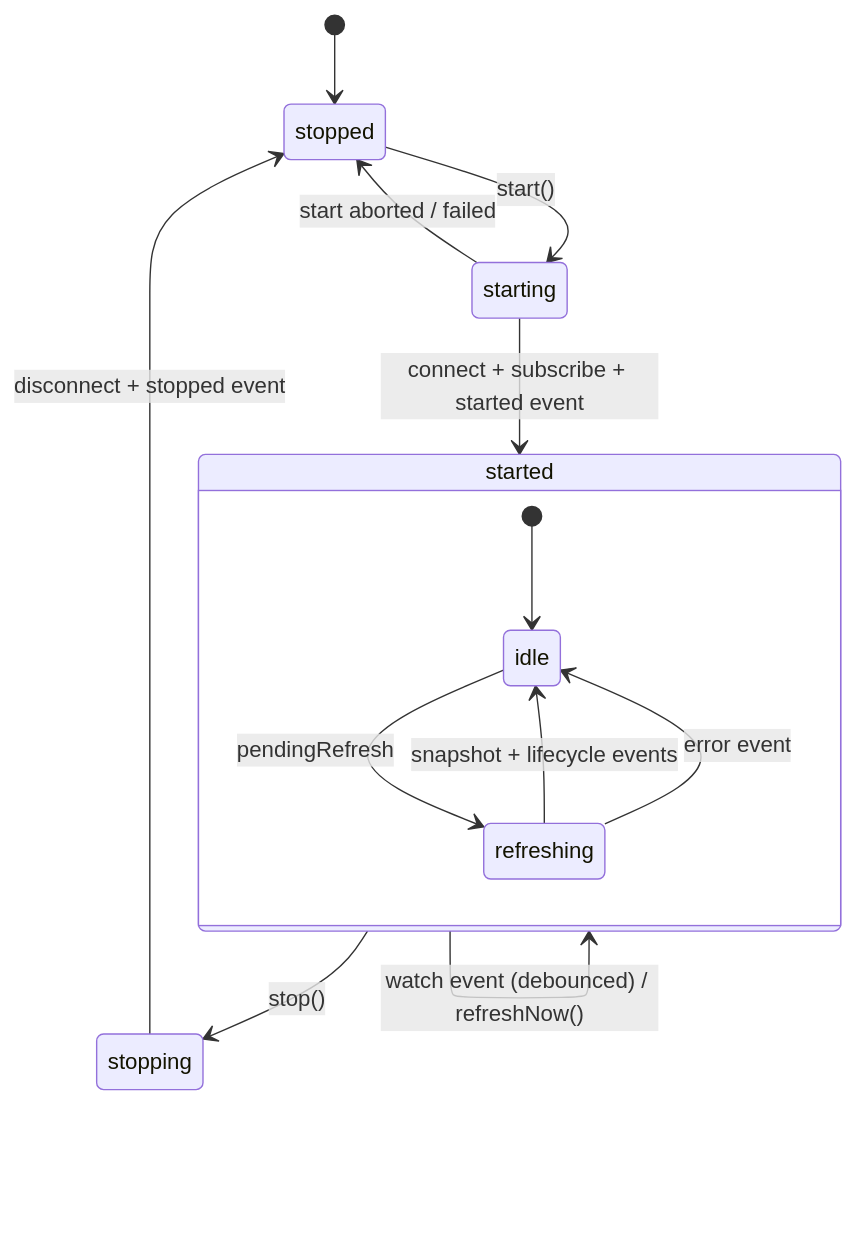
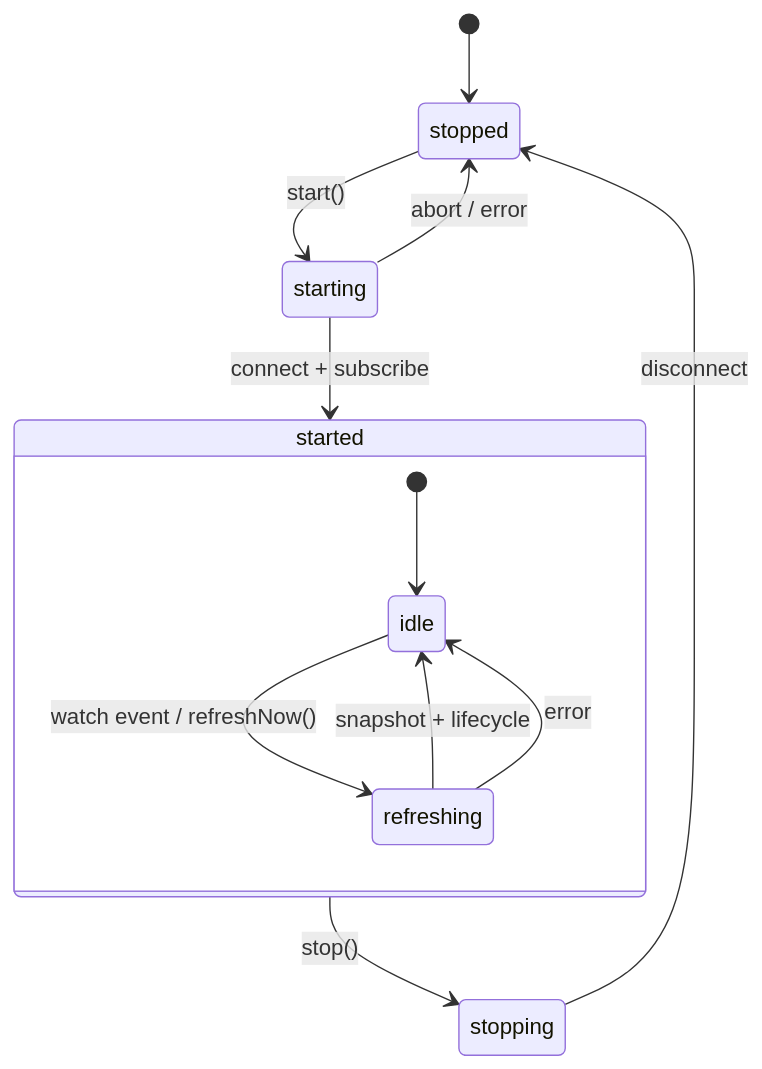
The diagram in README.md (vtemian/agent-io), drawn with Mermaid before and after one commit. The commit also changed other lines of this file and 5 other files, not shown here.

First line of the commit message:
docs: fix README diagram, add missing core subpath, remove stale roadmap

````diff
--- a/README.md
+++ b/README.md
@@ -49,17 +49,16 @@
 ```mermaid
 stateDiagram-v2
   [*] --> stopped
-  stopped --> starting: start()
-  starting --> started: connect + subscribe + started event
-  starting --> stopped: start aborted / failed
-  started --> started: watch event (debounced) / refreshNow()
-  started --> stopping: stop()
-  stopping --> stopped: disconnect + stopped event
+  stopped --> starting : start()
+  starting --> started : connect + subscribe
+  starting --> stopped : abort / error
+  started --> stopping : stop()
+  stopping --> stopped : disconnect
 
   state started {
     [*] --> idle
-    idle --> refreshing: pendingRefresh
-    refreshing --> idle: snapshot + lifecycle events
-    refreshing --> idle: error event
+    idle --> refreshing : watch event / refreshNow()
+    refreshing --> idle : snapshot + lifecycle
+    refreshing --> idle : error
   }
 ```
````
